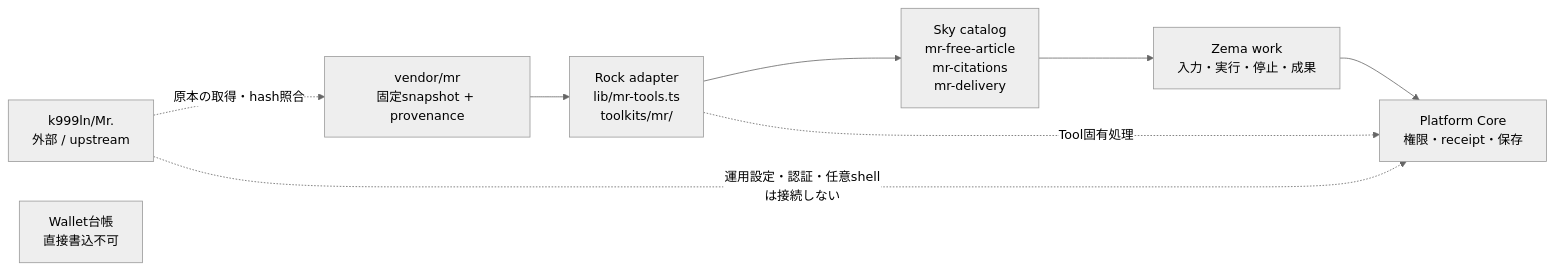
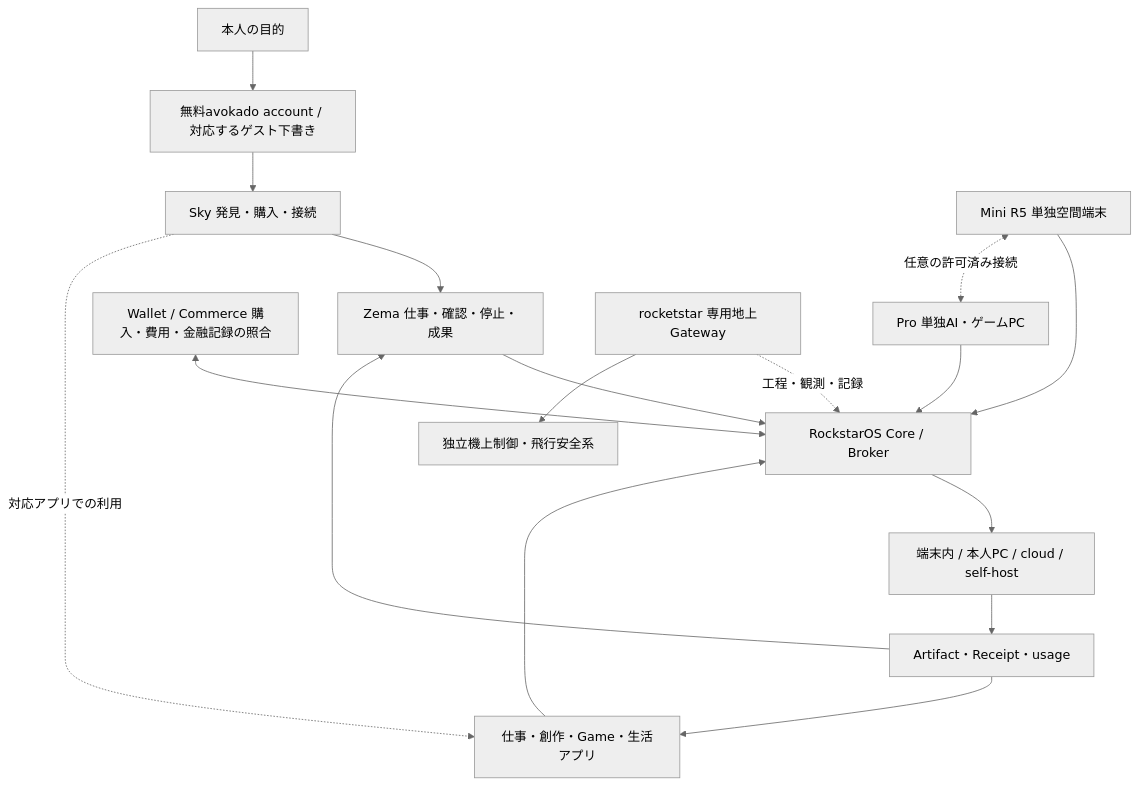
One commit to k999ln/rock changed the diagram in docs/rockstaros-product-system-map.md. Above: the diagram before and after it, drawn with Mermaid (neutral theme). The commit also changed other lines of this file and 25 other files, not shown here.

````diff
--- a/docs/rockstaros-product-system-map.md
+++ b/docs/rockstaros-product-system-map.md
@@ -115,14 +13,19 @@
 ```mermaid
-flowchart LR
-  MR[k999ln/Mr.\n外部 / upstream]
-  SNAP[vendor/mr\n固定snapshot + provenance]
-  ADAPTER[Rock adapter\nlib/mr-tools.ts\ntoolkits/mr/]
-  SKY[Sky catalog\nmr-free-article\nmr-citations\nmr-delivery]
-  ZEMA[Zema work\n入力・実行・停止・成果]
-  CORE[Platform Core\n権限・receipt・保存]
-  WALLET[Wallet台帳\n直接書込不可]
-  MR -. 原本の取得・hash照合 .-> SNAP
-  SNAP --> ADAPTER --> SKY --> ZEMA --> CORE
-  MR -. 運用設定・認証・任意shellは接続しない .-> CORE
-  ADAPTER -. Tool固有処理 .-> CORE
+flowchart TB
+  U[本人の目的] --> ACCOUNT[無料avokado account / 対応するゲスト下書き]
+  ACCOUNT --> SKY[Sky 発見・購入・接続]
+  SKY --> ZEMA[Zema 仕事・確認・停止・成果]
+  SKY -. 対応アプリでの利用 .-> APP[仕事・創作・Game・生活アプリ]
+  ZEMA --> CORE[RockstarOS Core / Broker]
+  APP --> CORE
+  CORE --> EXEC[端末内 / 本人PC / cloud / self-host]
+  EXEC --> RESULT[Artifact・Receipt・usage]
+  RESULT --> ZEMA
+  RESULT --> APP
+  WALLET[Wallet / Commerce 購入・費用・金融記録の照合] <--> CORE
+  MINI[Mini R5 単独空間端末] --> CORE
+  PRO[Pro 単独AI・ゲームPC] --> CORE
+  MINI <-. 任意の許可済み接続 .-> PRO
+  RS[rocketstar 専用地上Gateway] -. 工程・観測・記録 .-> CORE
+  RS --> FLIGHT[独立機上制御・飛行安全系]
 ```
````
